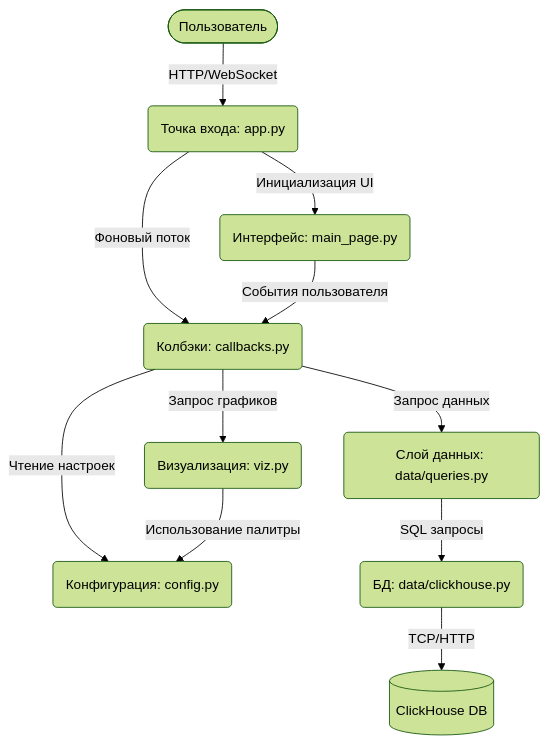
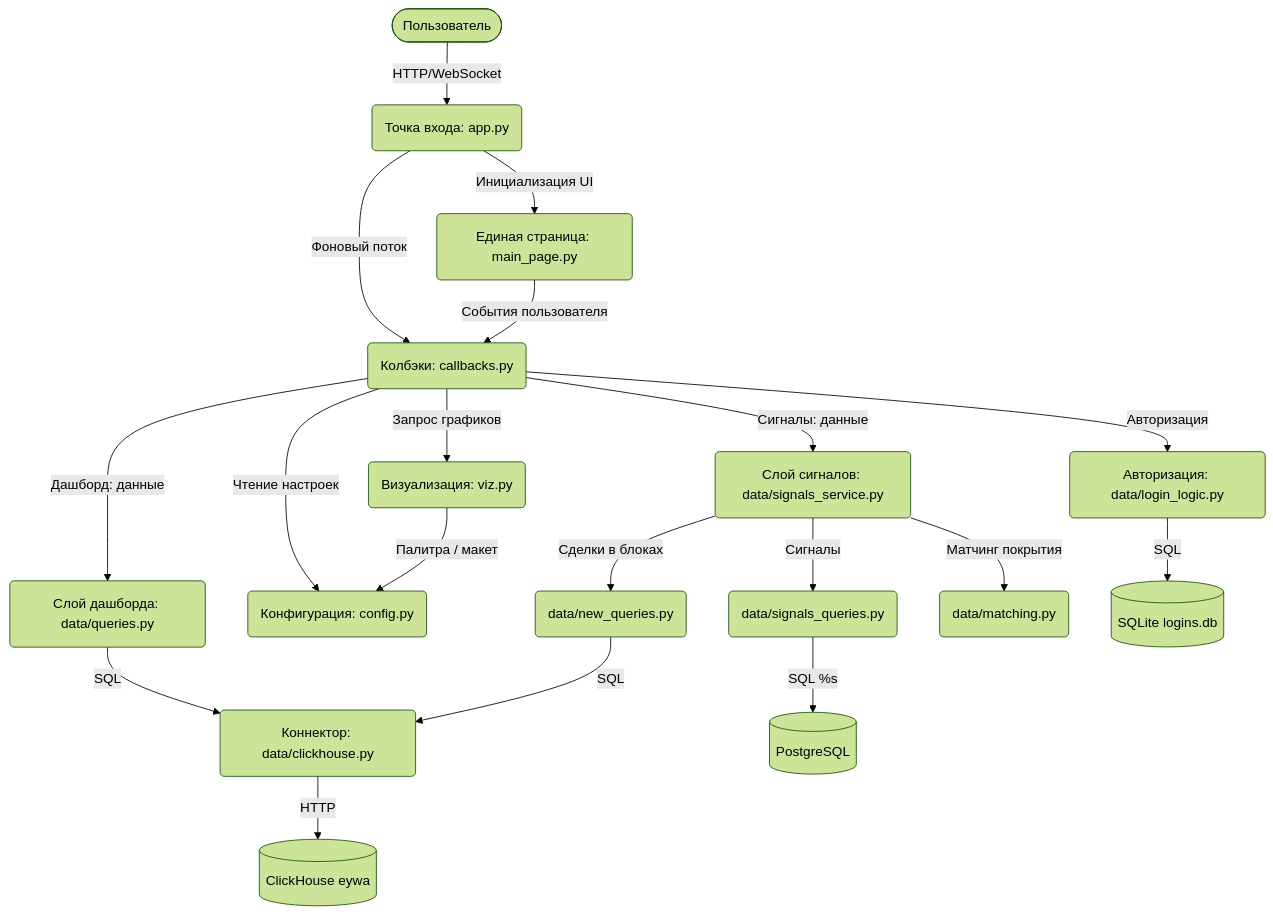
One commit to Cypherpunks-Practice/dex_analytics changed the diagram in Architecture.md. Above: the diagram before and after it, drawn with Mermaid (forest theme). The commit also changed other lines of this file and 5 other files, not shown here.

````diff
--- a/Architecture.md
+++ b/Architecture.md
@@ -13,16 +16,26 @@
 ```mermaid
 graph TD
     User([Пользователь]) -->|HTTP/WebSocket| App(Точка входа: app.py)
-    App -->|Инициализация UI| MainPage(Интерфейс: main_page.py)
+    App -->|Инициализация UI| MainPage(Единая страница: main_page.py)
     App -->|Фоновый поток| Callbacks(Колбэки: callbacks.py)
-    
+
     MainPage -->|События пользователя| Callbacks
-    
+
     Callbacks -->|Запрос графиков| Viz(Визуализация: viz.py)
-    Callbacks -->|Запрос данных| Queries(Слой данных: data/queries.py)
+    Callbacks -->|Дашборд: данные| Queries(Слой дашборда: data/queries.py)
+    Callbacks -->|Сигналы: данные| Signals(Слой сигналов: data/signals_service.py)
+    Callbacks -->|Авторизация| Login(Авторизация: data/login_logic.py)
     Callbacks -->|Чтение настроек| Config(Конфигурация: config.py)
-    
-    Viz -->|Использование палитры| Config
-    Queries -->|SQL запросы| Clickhouse(БД: data/clickhouse.py)
-    Clickhouse -->|TCP/HTTP| DB[(ClickHouse DB)]
+
+    Viz -->|Палитра / макет| Config
+    Queries -->|SQL| Clickhouse(Коннектор: data/clickhouse.py)
+
+    Signals -->|Сигналы| SigQ(data/signals_queries.py)
+    Signals -->|Сделки в блоках| NewQ(data/new_queries.py)
+    Signals -->|Матчинг покрытия| Match(data/matching.py)
+    SigQ -->|SQL %s| PG[(PostgreSQL)]
+    NewQ -->|SQL| Clickhouse
+
+    Clickhouse -->|HTTP| CH[(ClickHouse eywa)]
+    Login -->|SQL| SL[(SQLite logins.db)]
 ```
````
